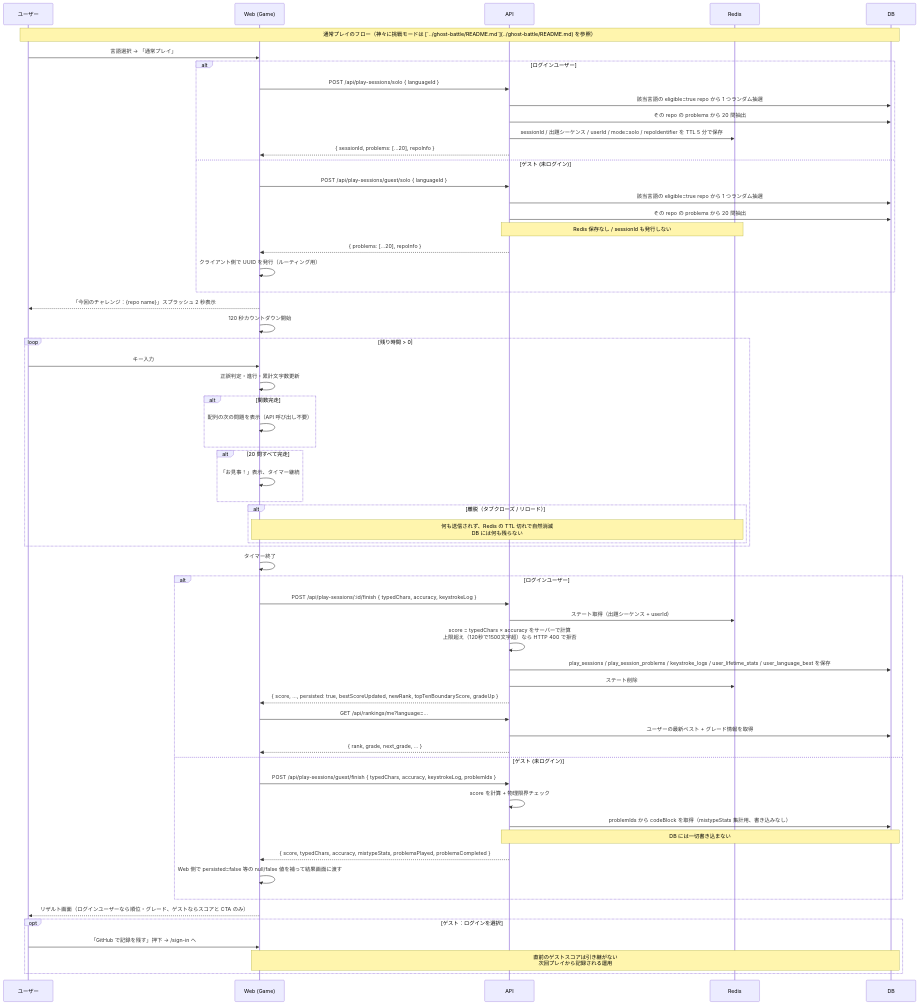
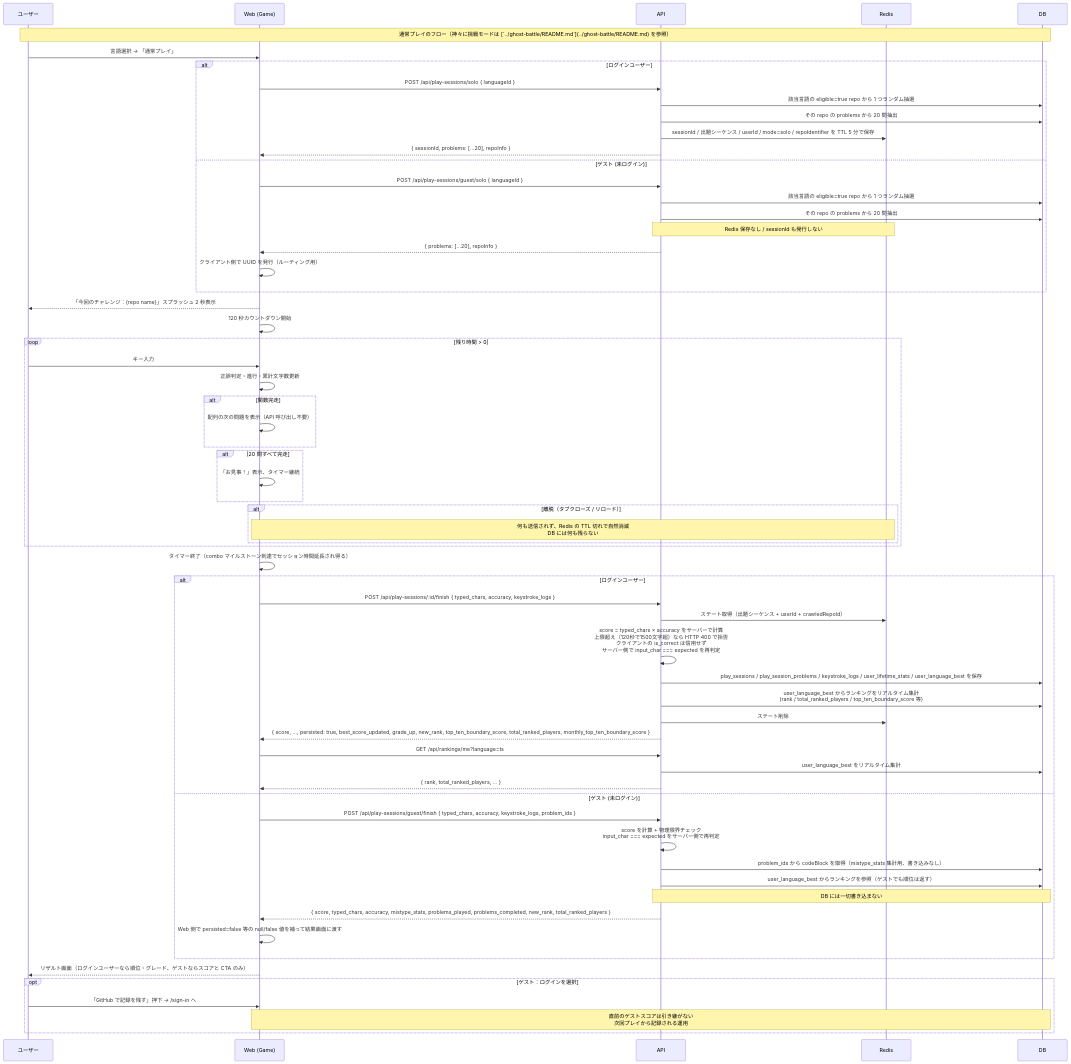
The diagram in docs/spec/typing-engine/README.md (kentakki416/typing-royale), drawn with Mermaid before and after one commit. The commit also changed other lines of this file and 51 other files, not shown here.

````diff
--- a/docs/spec/typing-engine/README.md
+++ b/docs/spec/typing-engine/README.md
@@ -296,71 +299,73 @@
 ```mermaid
 sequenceDiagram
     participant U as ユーザー
     participant W as Web (Game)
     participant API as API
     participant Redis as Redis
     participant DB as DB
 
     Note over U,DB: 通常プレイのフロー（神々に挑戦モードは [`../ghost-battle/README.md`](../ghost-battle/README.md) を参照）
 
     U->>W: 言語選択 → 「通常プレイ」
     alt ログインユーザー
         W->>API: POST /api/play-sessions/solo { languageId }
         API->>DB: 該当言語の eligible=true repo から 1 つランダム抽選
         API->>DB: その repo の problems から 20 問抽出
         API->>Redis: sessionId / 出題シーケンス / userId / mode=solo / repoIdentifier を TTL 5 分で保存
         API-->>W: { sessionId, problems: [...20], repoInfo }
     else ゲスト (未ログイン)
         W->>API: POST /api/play-sessions/guest/solo { languageId }
         API->>DB: 該当言語の eligible=true repo から 1 つランダム抽選
         API->>DB: その repo の problems から 20 問抽出
         Note over API,Redis: Redis 保存なし / sessionId も発行しない
         API-->>W: { problems: [...20], repoInfo }
         W->>W: クライアント側で UUID を発行（ルーティング用）
     end
     W-->>U: 「今回のチャレンジ：{repo name}」スプラッシュ 2 秒表示
     W->>W: 120 秒カウントダウン開始
 
     loop 残り時間 > 0
         U->>W: キー入力
         W->>W: 正誤判定・進行・累計文字数更新
 
         alt 関数完走
             W->>W: 配列の次の問題を表示（API 呼び出し不要）
         end
 
         alt 20 問すべて完走
             W->>W: 「お見事！」表示、タイマー継続
         end
 
         alt 離脱（タブクローズ / リロード）
             Note over W,Redis: 何も送信されず、Redis の TTL 切れで自然消滅<br/>DB には何も残らない
         end
     end
 
-    W->>W: タイマー終了
+    W->>W: タイマー終了（combo マイルストーン到達でセッション時間延長され得る）
     alt ログインユーザー
-        W->>API: POST /api/play-sessions/:id/finish { typedChars, accuracy, keystrokeLog }
-        API->>Redis: ステート取得（出題シーケンス + userId）
-        API->>API: score = typedChars × accuracy をサーバーで計算<br/>上限超え（120秒で1500文字超）なら HTTP 400 で拒否
+        W->>API: POST /api/play-sessions/:id/finish { typed_chars, accuracy, keystroke_logs }
+        API->>Redis: ステート取得（出題シーケンス + userId + crawledRepoId）
+        API->>API: score = typed_chars × accuracy をサーバーで計算<br/>上限超え（120秒で1500文字超）なら HTTP 400 で拒否<br/>クライアントの is_correct は信用せず<br/>サーバー側で input_char === expected を再判定
         API->>DB: play_sessions / play_session_problems / keystroke_logs / user_lifetime_stats / user_language_best を保存
+        API->>DB: user_language_best からランキングをリアルタイム集計<br/>(rank / total_ranked_players / top_ten_boundary_score 等)
         API->>Redis: ステート削除
-        API-->>W: { score, ..., persisted: true, bestScoreUpdated, newRank, topTenBoundaryScore, gradeUp }
-        W->>API: GET /api/rankings/me?language=...
-        API->>DB: ユーザーの最新ベスト + グレード情報を取得
-        API-->>W: { rank, grade, next_grade, ... }
+        API-->>W: { score, ..., persisted: true, best_score_updated, grade_up, new_rank, top_ten_boundary_score, total_ranked_players, monthly_top_ten_boundary_score }
+        W->>API: GET /api/rankings/me?language=ts
+        API->>DB: user_language_best をリアルタイム集計
+        API-->>W: { rank, total_ranked_players, ... }
     else ゲスト (未ログイン)
-        W->>API: POST /api/play-sessions/guest/finish { typedChars, accuracy, keystrokeLog, problemIds }
-        API->>API: score を計算 + 物理限界チェック
-        API->>DB: problemIds から codeBlock を取得（mistypeStats 集計用、書き込みなし）
+        W->>API: POST /api/play-sessions/guest/finish { typed_chars, accuracy, keystroke_logs, problem_ids }
+        API->>API: score を計算 + 物理限界チェック<br/>input_char === expected をサーバー側で再判定
+        API->>DB: problem_ids から codeBlock を取得（mistype_stats 集計用、書き込みなし）
+        API->>DB: user_language_best からランキングを参照（ゲストでも順位は返す）
         Note over API,DB: DB には一切書き込まない
-        API-->>W: { score, typedChars, accuracy, mistypeStats, problemsPlayed, problemsCompleted }
+        API-->>W: { score, typed_chars, accuracy, mistype_stats, problems_played, problems_completed, new_rank, total_ranked_players }
         W->>W: Web 側で persisted=false 等の null/false 値を補って結果画面に渡す
     end
     W-->>U: リザルト画面（ログインユーザーなら順位・グレード、ゲストならスコアと CTA のみ）
 
     opt ゲスト：ログインを選択
         U->>W: 「GitHub で記録を残す」押下 → /sign-in へ
         Note over W,DB: 直前のゲストスコアは引き継がない<br/>次回プレイから記録される運用
     end
 ```
````
